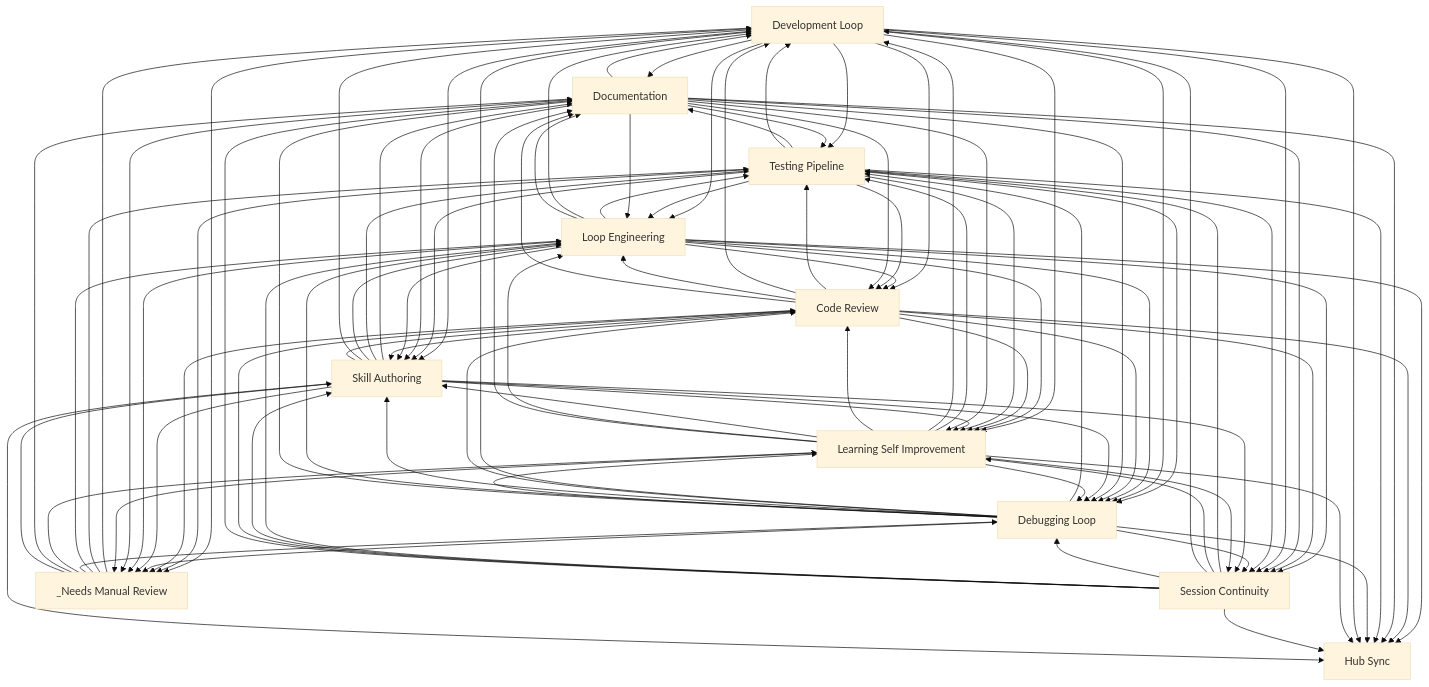
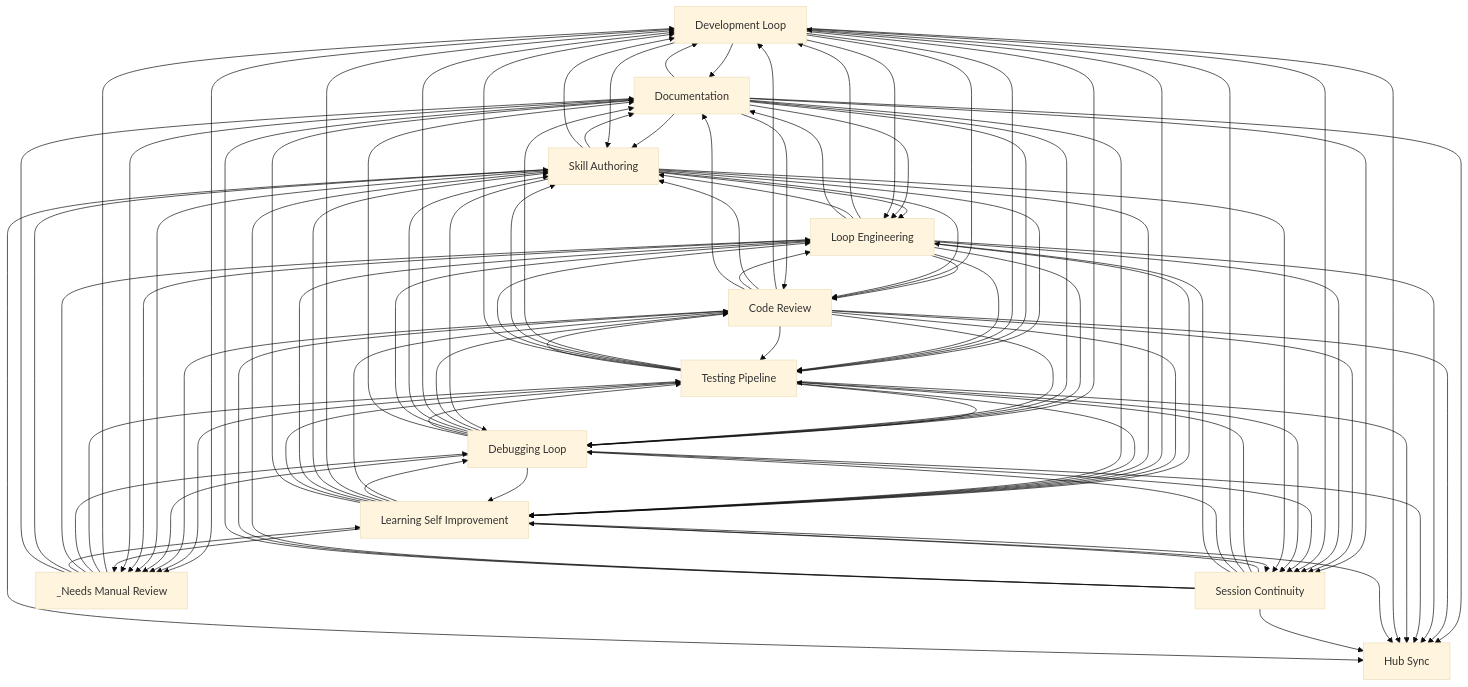
The diagram in docs/workflows/INDEX.md (abhayla/claude-best-practices), drawn with Mermaid (base theme) before and after one commit. The commit also changed other lines of this file and 16 other files, not shown here.

````diff
--- a/docs/workflows/INDEX.md
+++ b/docs/workflows/INDEX.md
@@ -33,100 +33,100 @@
     documentation[Documentation]
     hub_sync[Hub Sync]
     _needs_manual_review[_Needs Manual Review]
+    skill_authoring --> documentation
     development_loop --> documentation
     testing_pipeline --> documentation
-    skill_authoring --> documentation
+    skill_authoring --> loop_engineering
+    skill_authoring --> testing_pipeline
+    documentation --> skill_authoring
+    documentation --> loop_engineering
+    documentation --> testing_pipeline
+    development_loop --> skill_authoring
+    development_loop --> loop_engineering
     development_loop --> testing_pipeline
-    development_loop --> loop_engineering
-    development_loop --> skill_authoring
+    testing_pipeline --> skill_authoring
     testing_pipeline --> loop_engineering
-    testing_pipeline --> skill_authoring
-    documentation --> testing_pipeline
-    documentation --> loop_engineering
-    documentation --> skill_authoring
-    skill_authoring --> testing_pipeline
-    skill_authoring --> loop_engineering
-    development_loop --> code_review
+    loop_engineering --> code_review
+    loop_engineering --> development_loop
+    loop_engineering --> skill_authoring
     loop_engineering --> testing_pipeline
-    loop_engineering --> development_loop
-    loop_engineering --> code_review
-    loop_engineering --> skill_authoring
-    code_review --> testing_pipeline
     code_review --> development_loop
     code_review --> skill_authoring
     code_review --> loop_engineering
-    development_loop --> learning_self_improvement
+    code_review --> testing_pipeline
+    development_loop --> code_review
     loop_engineering --> learning_self_improvement
     code_review --> learning_self_improvement
-    testing_pipeline --> development_loop
+    development_loop --> learning_self_improvement
     _needs_manual_review --> development_loop
     _needs_manual_review --> testing_pipeline
+    testing_pipeline --> development_loop
+    _needs_manual_review --> debugging_loop
+    _needs_manual_review --> loop_engineering
     testing_pipeline --> debugging_loop
-    _needs_manual_review --> loop_engineering
-    _needs_manual_review --> debugging_loop
     testing_pipeline --> code_review
-    debugging_loop --> testing_pipeline
+    debugging_loop --> code_review
     debugging_loop --> development_loop
-    debugging_loop --> code_review
     debugging_loop --> skill_authoring
     debugging_loop --> loop_engineering
+    debugging_loop --> testing_pipeline
     development_loop --> debugging_loop
     documentation --> development_loop
     loop_engineering --> debugging_loop
     loop_engineering --> documentation
+    skill_authoring --> code_review
     skill_authoring --> development_loop
-    skill_authoring --> code_review
+    skill_authoring --> learning_self_improvement
     testing_pipeline --> learning_self_improvement
-    skill_authoring --> learning_self_improvement
     development_loop --> _needs_manual_review
     testing_pipeline --> _needs_manual_review
-    code_review --> debugging_loop
     documentation --> code_review
     documentation --> debugging_loop
-    loop_engineering --> hub_sync
-    loop_engineering --> session_continuity
-    code_review --> hub_sync
+    code_review --> debugging_loop
+    documentation --> learning_self_improvement
+    documentation --> session_continuity
+    documentation --> hub_sync
     code_review --> documentation
     code_review --> session_continuity
-    documentation --> hub_sync
-    documentation --> learning_self_improvement
-    documentation --> session_continuity
+    code_review --> hub_sync
+    loop_engineering --> session_continuity
+    loop_engineering --> hub_sync
     development_loop --> session_continuity
+    session_continuity --> learning_self_improvement
     session_continuity --> testing_pipeline
-    session_continuity --> learning_self_improvement
     _needs_manual_review --> learning_self_improvement
-    testing_pipeline --> session_continuity
     debugging_loop --> learning_self_improvement
     debugging_loop --> session_continuity
+    testing_pipeline --> session_continuity
+    debugging_loop --> documentation
+    debugging_loop --> hub_sync
     testing_pipeline --> hub_sync
-    debugging_loop --> hub_sync
-    debugging_loop --> documentation
     development_loop --> hub_sync
+    skill_authoring --> session_continuity
     session_continuity --> development_loop
-    skill_authoring --> session_continuity
+    skill_authoring --> debugging_loop
     session_continuity --> debugging_loop
     session_continuity --> loop_engineering
-    skill_authoring --> debugging_loop
-    learning_self_improvement --> testing_pipeline
-    learning_self_improvement --> development_loop
     learning_self_improvement --> code_review
     learning_self_improvement --> debugging_loop
+    learning_self_improvement --> development_loop
     learning_self_improvement --> skill_authoring
     learning_self_improvement --> loop_engineering
+    learning_self_improvement --> testing_pipeline
     code_review --> _needs_manual_review
     debugging_loop --> _needs_manual_review
     skill_authoring --> _needs_manual_review
     loop_engineering --> _needs_manual_review
+    _needs_manual_review --> skill_authoring
     _needs_manual_review --> documentation
-    _needs_manual_review --> skill_authoring
     learning_self_improvement --> session_continuity
     documentation --> _needs_manual_review
     session_continuity --> skill_authoring
+    learning_self_improvement --> documentation
     learning_self_improvement --> hub_sync
-    learning_self_improvement --> documentation
-    session_continuity --> hub_sync
     session_continuity --> code_review
     session_continuity --> documentation
+    session_continuity --> hub_sync
     skill_authoring --> hub_sync
     learning_self_improvement --> _needs_manual_review
 ```
````
